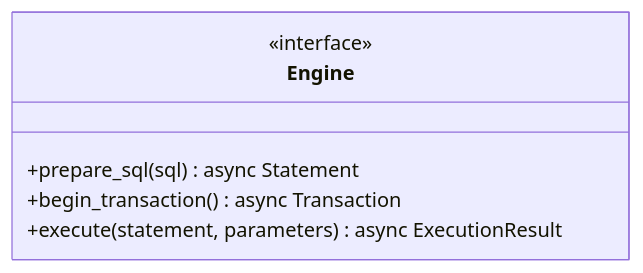
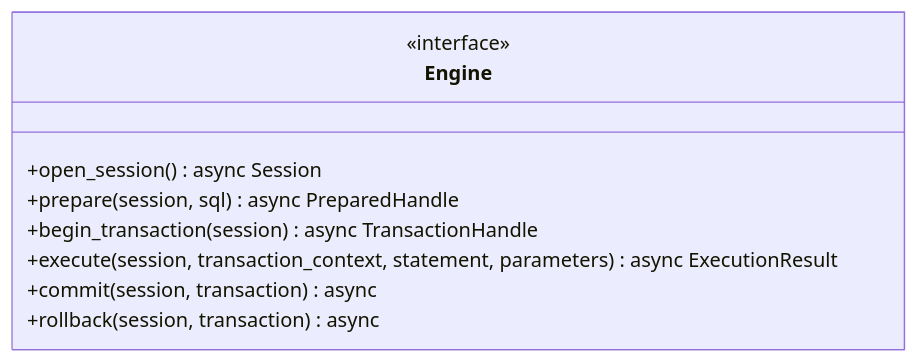
Before and after one commit to adityarao2005/database: the fourth of 5 diagrams in docs/design/README.md, drawn with Mermaid. The commit also changed other lines of this file and 2 other files, not shown here.

Commit message:
refactor: update database client and connection handling in usage documentation; add remote SQL DB design placeholder

````diff
--- a/docs/design/README.md
+++ b/docs/design/README.md
@@ -165,13 +184,13 @@
 ```mermaid
 classDiagram
     class Engine {
         <<interface>>
 
-        %% statement and transactional
-        +prepare_sql(sql) async Statement
-        +begin_transaction() async Transaction
-
-        %% dml
-        +execute(statement, parameters) async ExecutionResult
+        +open_session() async Session
+        +prepare(session, sql) async PreparedHandle
+        +begin_transaction(session) async TransactionHandle
+        +execute(session, transaction_context, statement, parameters) async ExecutionResult
+        +commit(session, transaction) async
+        +rollback(session, transaction) async
     }
 ```
````
